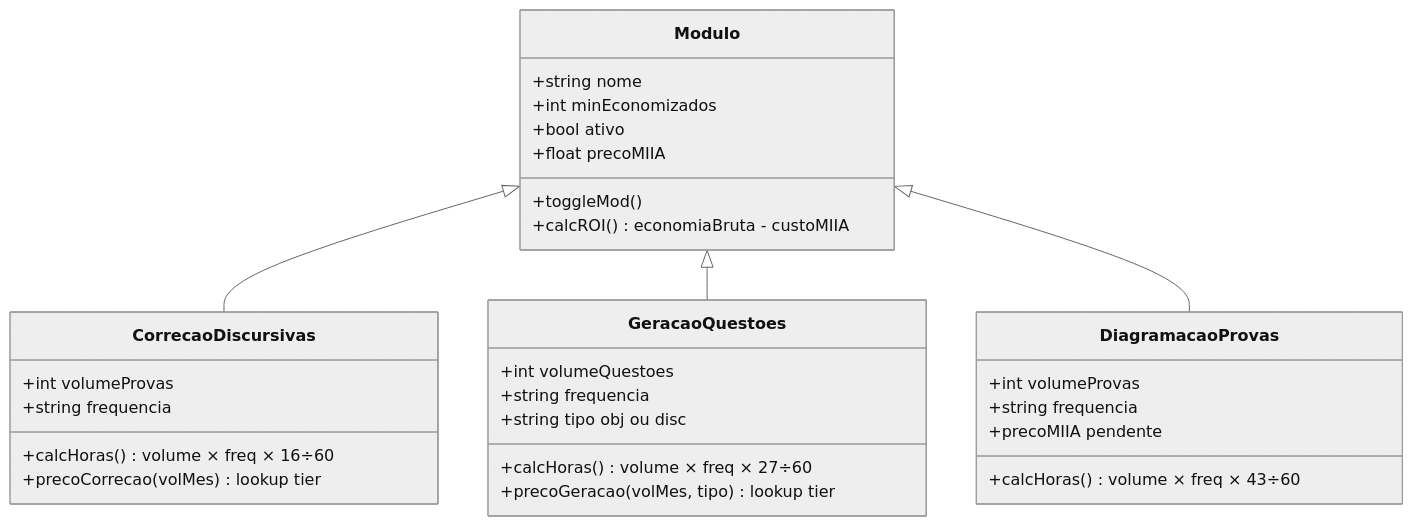
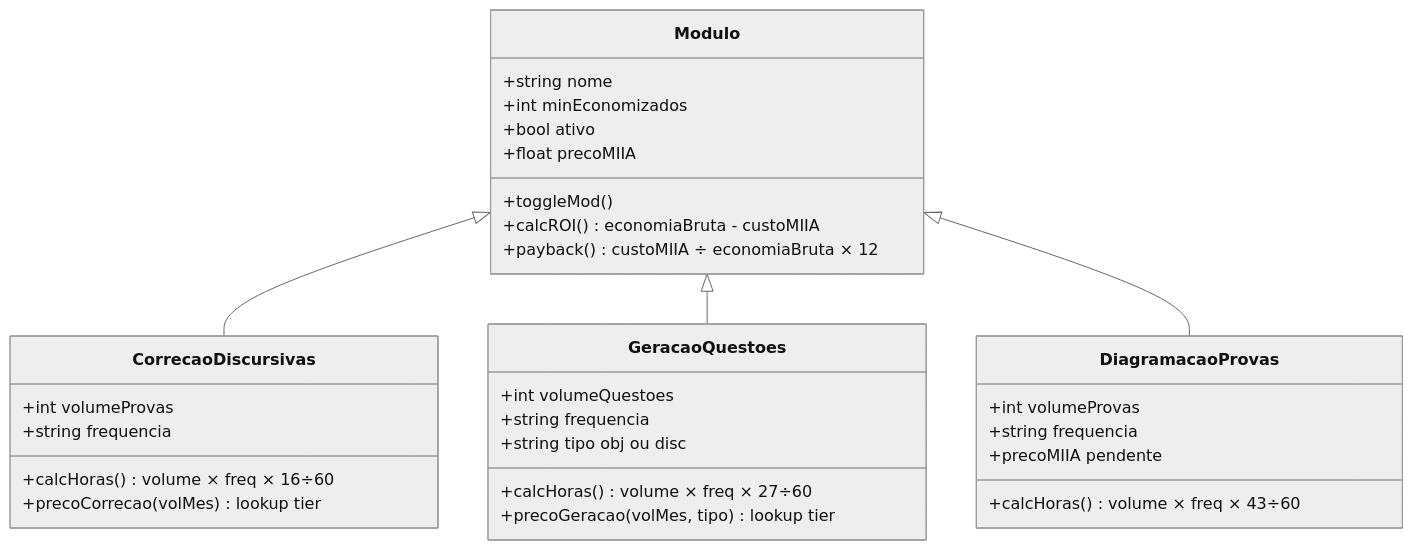
One commit to Gustavo130803/calculadora-miia changed the fourth of 4 diagrams in README.md. Above: the diagram before and after it, drawn with Mermaid (neutral theme). The commit also changed other lines of this file, not shown here.

Commit message:
docs: atualiza README — substitui Eficiência Ganha por Payback

````diff
--- a/README.md
+++ b/README.md
@@ -140,37 +141,38 @@
 ```mermaid
 classDiagram
     class Modulo {
         +string nome
         +int minEconomizados
         +bool ativo
         +float precoMIIA
         +toggleMod()
         +calcROI() economiaBruta - custoMIIA
+        +payback() custoMIIA ÷ economiaBruta × 12
     }
 
     class CorrecaoDiscursivas {
         +int volumeProvas
         +string frequencia
         +calcHoras() volume × freq × 16÷60
         +precoCorrecao(volMes) lookup tier
     }
 
     class GeracaoQuestoes {
         +int volumeQuestoes
         +string frequencia
         +string tipo obj ou disc
         +calcHoras() volume × freq × 27÷60
         +precoGeracao(volMes, tipo) lookup tier
     }
 
     class DiagramacaoProvas {
         +int volumeProvas
         +string frequencia
         +calcHoras() volume × freq × 43÷60
         +precoMIIA pendente
     }
 
     Modulo <|-- CorrecaoDiscursivas
     Modulo <|-- GeracaoQuestoes
     Modulo <|-- DiagramacaoProvas
 ```
````
